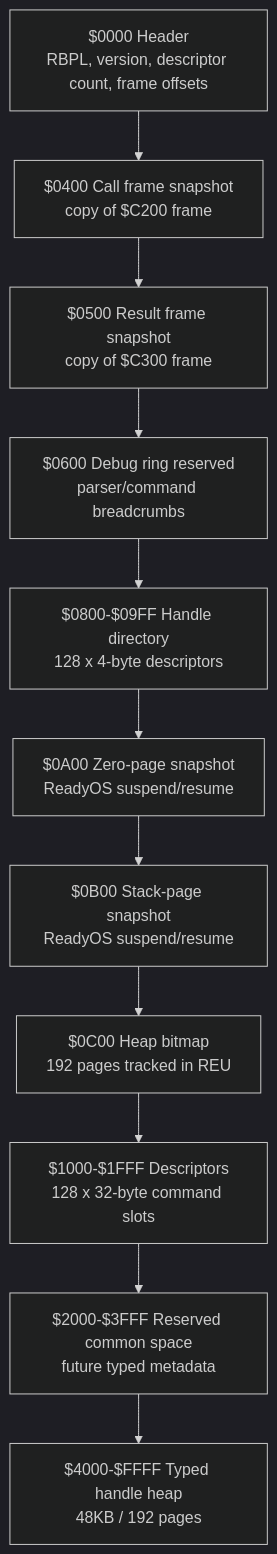
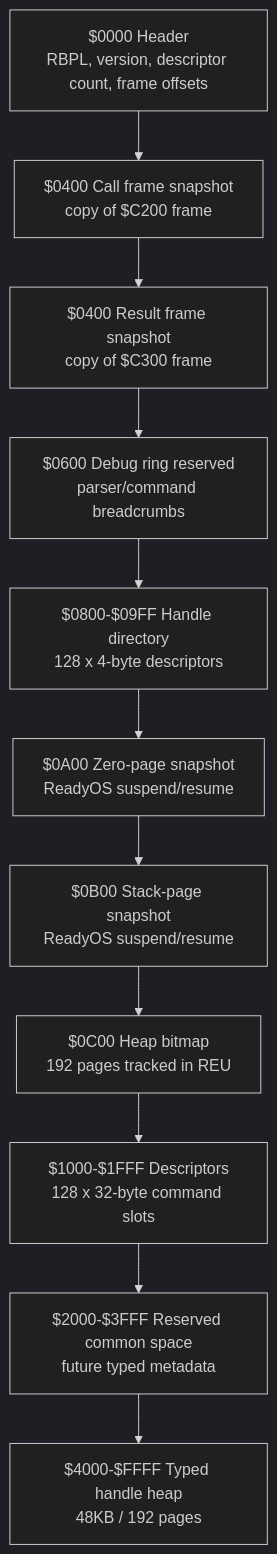
One commit to 123Onetwothree123/6502 changed the second of 8 diagrams in src/apps/readybasic/READYBASIC_LIFECYCLE_AND_REU_ARCHITECTURE.md. Above: the diagram before and after it, drawn with Mermaid (dark theme). The commit also changed other lines of this file and 18 other files, not shown here.

````diff
--- a/src/apps/readybasic/READYBASIC_LIFECYCLE_AND_REU_ARCHITECTURE.md
+++ b/src/apps/readybasic/READYBASIC_LIFECYCLE_AND_REU_ARCHITECTURE.md
@@ -204,16 +204,16 @@
 ```mermaid
 flowchart TB
   H["$0000 Header<br/>RBPL, version, descriptor count, frame offsets"]
   D["$1000-$1FFF Descriptors<br/>128 x 32-byte command slots"]
   C["$0400 Call frame snapshot<br/>copy of $C200 frame"]
-  R["$0500 Result frame snapshot<br/>copy of $C300 frame"]
+  R["$0400 Result frame snapshot<br/>copy of $C300 frame"]
   DBG["$0600 Debug ring reserved<br/>parser/command breadcrumbs"]
   HM["$0800-$09FF Handle directory<br/>128 x 4-byte descriptors"]
   ZP["$0A00 Zero-page snapshot<br/>ReadyOS suspend/resume"]
   ST["$0B00 Stack-page snapshot<br/>ReadyOS suspend/resume"]
   BM["$0C00 Heap bitmap<br/>192 pages tracked in REU"]
   RS["$2000-$3FFF Reserved common space<br/>future typed metadata"]
   DATA["$4000-$FFFF Typed handle heap<br/>48KB / 192 pages"]
 
   H --> C --> R --> DBG --> HM --> ZP --> ST --> BM --> D --> RS --> DATA
 ```
````
